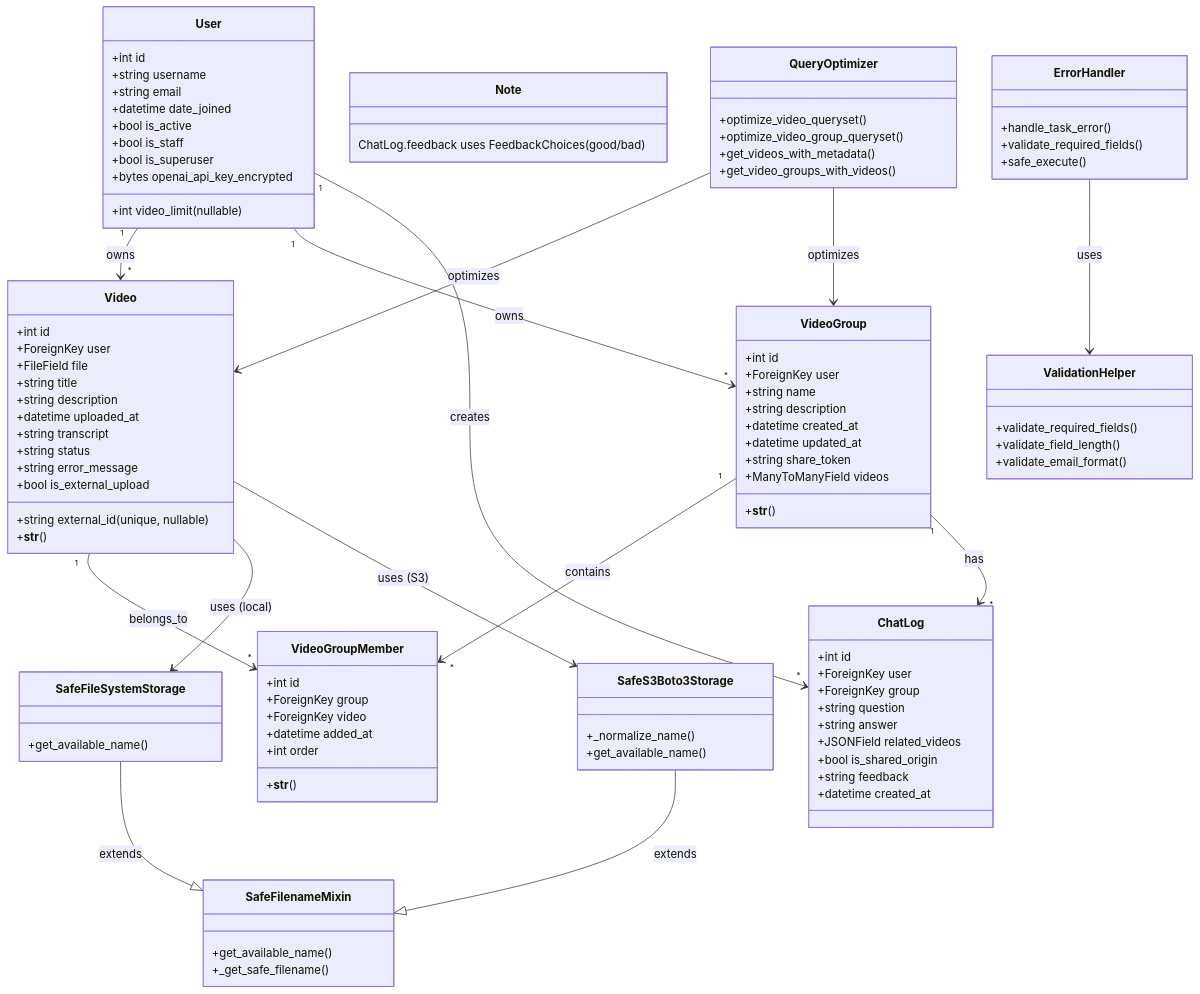
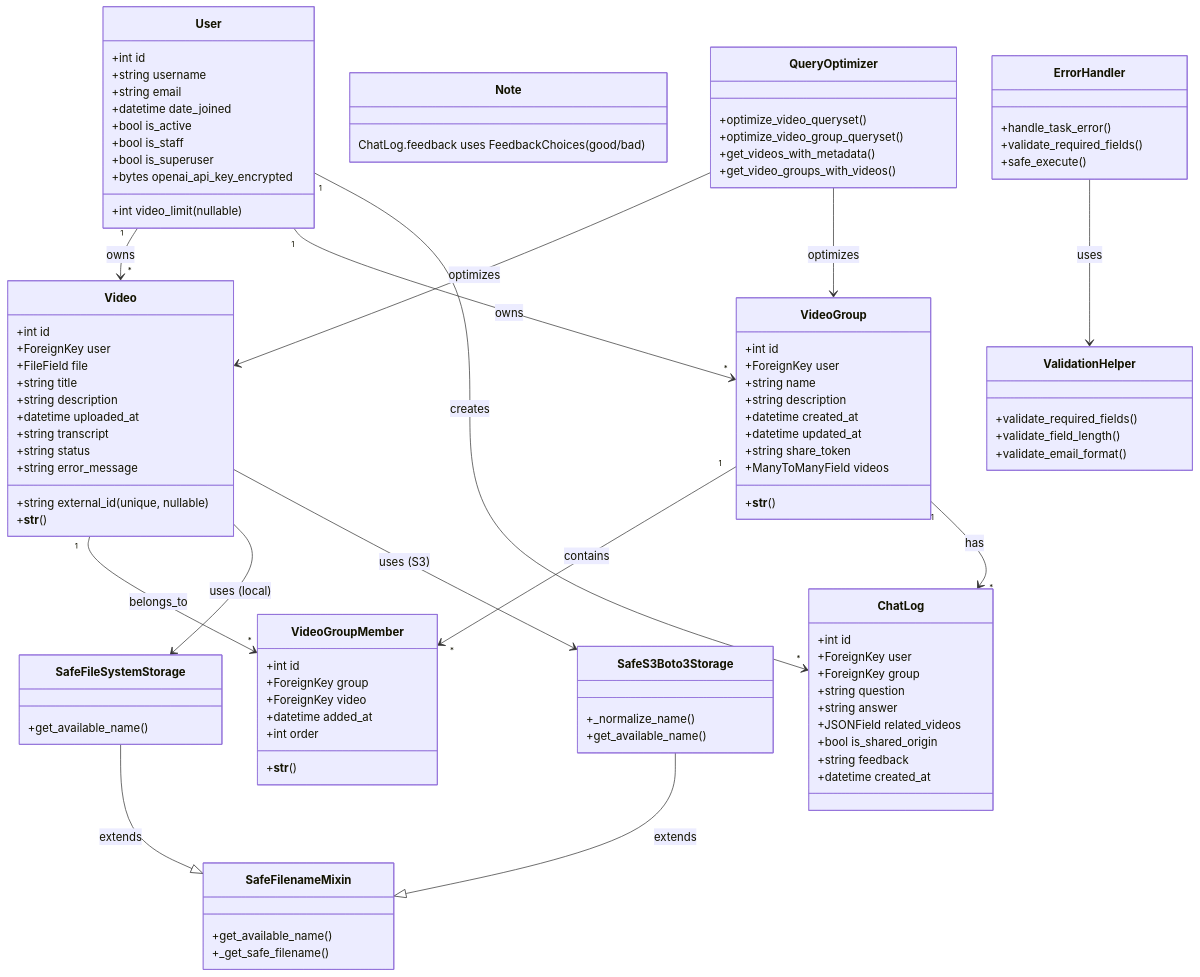
Before and after one commit to yukiharada1228/videoq: the first of 3 diagrams in docs/design/class-diagram.md, drawn with Mermaid. The commit also changed 3 other files, not shown here.

Commit message:
Remove is_external_upload field references from documentation

```diff
--- a/docs/design/class-diagram.md
+++ b/docs/design/class-diagram.md
@@ -30,7 +30,6 @@
         +string transcript
         +string status
         +string error_message
-        +bool is_external_upload
         +string external_id (unique, nullable)
         +__str__()
     }
```
